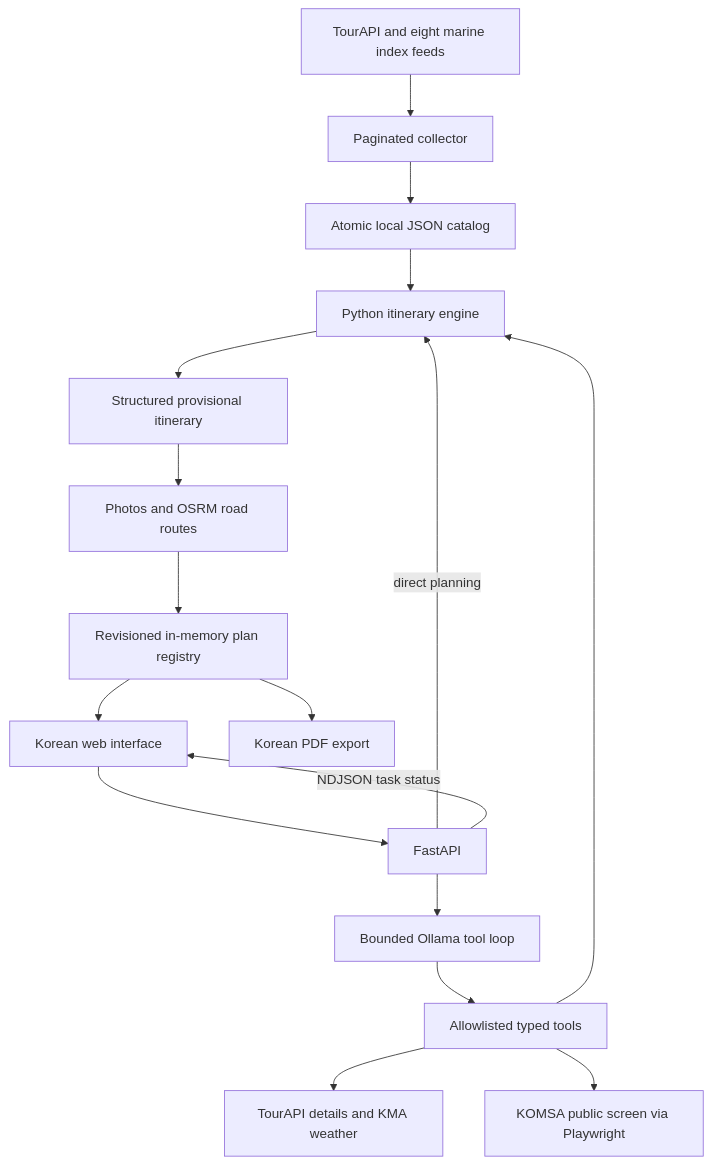
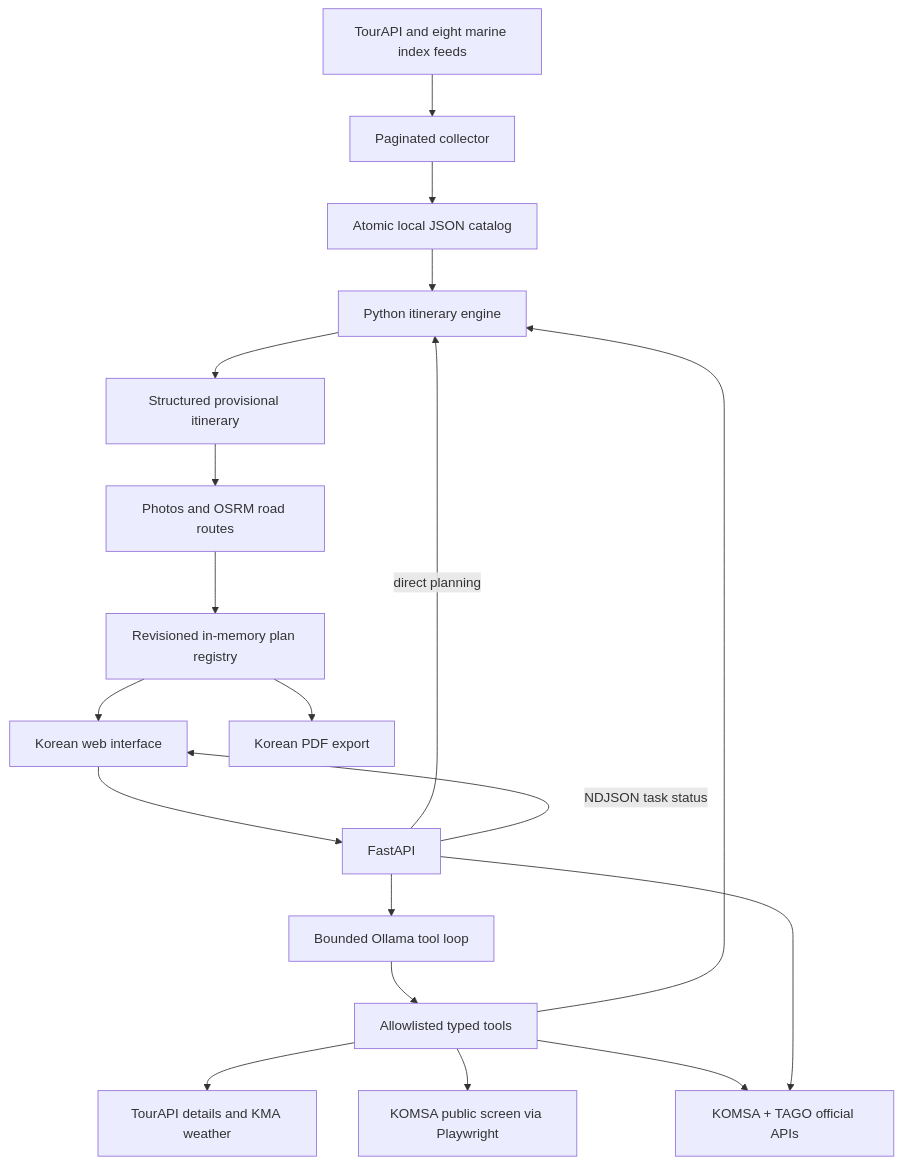
Before and after one commit to fortranmentis/marine-travel-AI-agent: the diagram in README.md, drawn with Mermaid. The commit also changed other lines of this file and 41 other files, not shown here.

Commit message:
feat: integrate official transport APIs and dated ferry references for v0.6

````diff
--- a/README.md
+++ b/README.md
@@ -126,19 +136,21 @@
 ```mermaid
 flowchart TD
     Sources[TourAPI and eight marine index feeds] --> Sync[Paginated collector]
     Sync --> Catalog[Atomic local JSON catalog]
     UI[Korean web interface] --> API[FastAPI]
     API --> Agent[Bounded Ollama tool loop]
     Agent --> Tools[Allowlisted typed tools]
     Tools --> Planner[Python itinerary engine]
     Tools --> Detail[TourAPI details and KMA weather]
     Catalog --> Planner
     API -->|direct planning| Planner
     Planner --> Plan[Structured provisional itinerary]
     Plan --> Enrich[Photos and OSRM road routes]
     Enrich --> Store[Revisioned in-memory plan registry]
     Store --> UI
     Store --> PDF[Korean PDF export]
     Tools --> Ferry[KOMSA public screen via Playwright]
+    Tools --> Transport[KOMSA + TAGO official APIs]
+    API --> Transport
     API -->|NDJSON task status| UI
 ```
````
